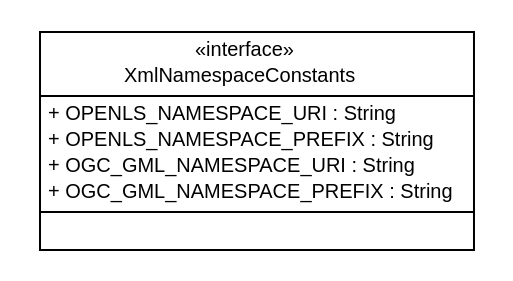
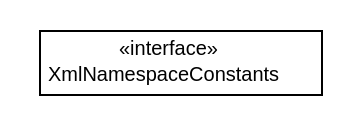
One commit to geozet/openls-databinding changed the diagram in apidocs/nl/geozet/openls/databinding/common/nl.geozet.openls.databinding.common.dot. Above: the diagram before and after it, drawn with Graphviz. The commit also changed 186 other files, not shown here.

```diff
--- a/apidocs/nl/geozet/openls/databinding/common/nl.geozet.openls.databinding.common.dot
+++ b/apidocs/nl/geozet/openls/databinding/common/nl.geozet.openls.databinding.common.dot
@@ -1,28 +1,19 @@
 #!/usr/local/bin/dot
 #
 # Class diagram 
 # Generated by UMLGraph version R5_6-24-gf6e263 (http://www.umlgraph.org/)
 #
 
 digraph G {
 	edge [fontname="Helvetica",fontsize=10,labelfontname="Helvetica",labelfontsize=10];
 	node [fontname="Helvetica",fontsize=10,shape=plaintext];
 	nodesep=0.25;
 	ranksep=0.5;
 	// nl.geozet.openls.databinding.common.XmlNamespaceConstants
 	c0 [label=<<table title="nl.geozet.openls.databinding.common.XmlNamespaceConstants" border="0" cellborder="1" cellspacing="0" cellpadding="2" port="p" href="./XmlNamespaceConstants.html">
 		<tr><td><table border="0" cellspacing="0" cellpadding="1">
 <tr><td align="center" balign="center"> &#171;interface&#187; </td></tr>
 <tr><td align="center" balign="center"> XmlNamespaceConstants </td></tr>
 		</table></td></tr>
-		<tr><td><table border="0" cellspacing="0" cellpadding="1">
-<tr><td align="left" balign="left"> + OPENLS_NAMESPACE_URI : String </td></tr>
-<tr><td align="left" balign="left"> + OPENLS_NAMESPACE_PREFIX : String </td></tr>
-<tr><td align="left" balign="left"> + OGC_GML_NAMESPACE_URI : String </td></tr>
-<tr><td align="left" balign="left"> + OGC_GML_NAMESPACE_PREFIX : String </td></tr>
-		</table></td></tr>
-		<tr><td><table border="0" cellspacing="0" cellpadding="1">
-<tr><td align="left" balign="left">  </td></tr>
-		</table></td></tr>
 		</table>>, URL="./XmlNamespaceConstants.html", fontname="Helvetica", fontcolor="black", fontsize=10.0];
 }
```
